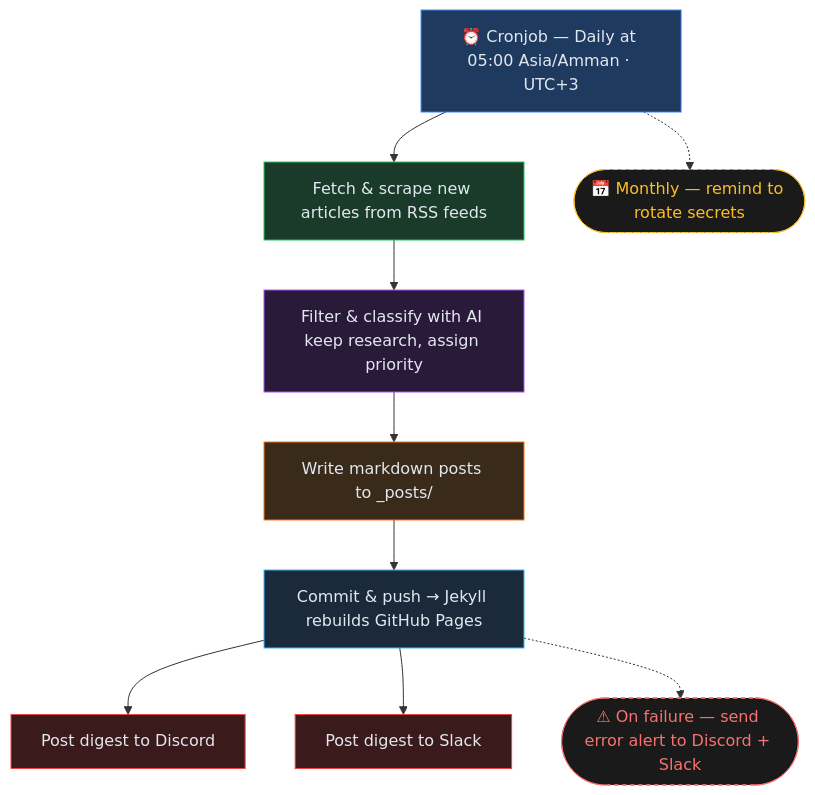
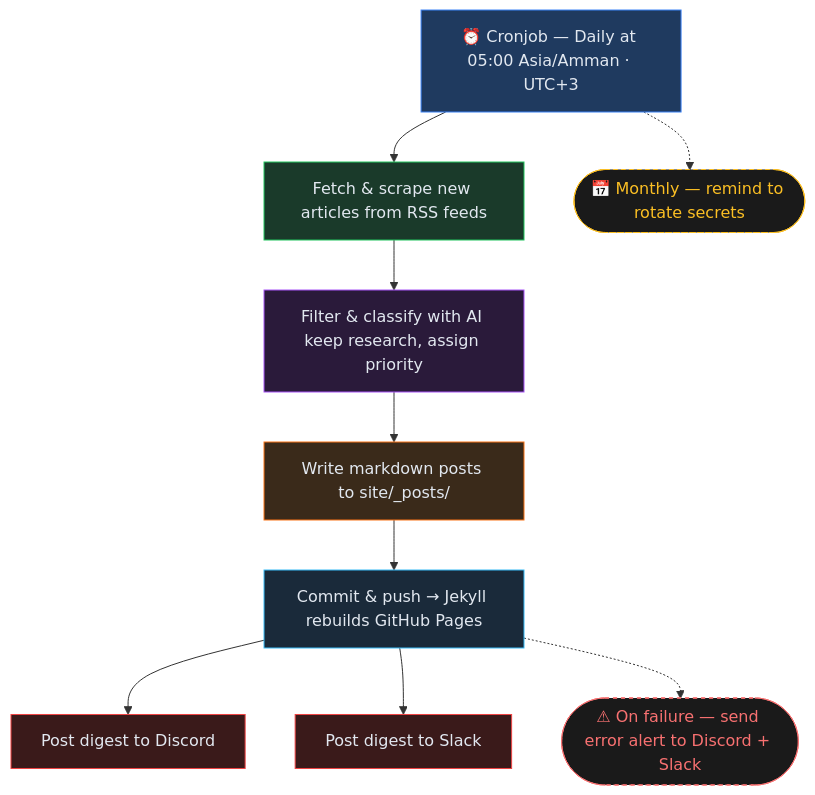
The diagram in README.md (zAbuQasem/daily-security-feed), drawn with Mermaid before and after one commit. The commit also changed other lines of this file and 18 other files, not shown here.

````diff
--- a/README.md
+++ b/README.md
@@ -19,26 +19,26 @@
 ```mermaid
 flowchart TD
     A["⏰ Cronjob — Daily at 05:00 Asia/Amman · UTC+3"]:::trigger
     B["Fetch & scrape new articles from RSS feeds"]:::fetch
     C["Filter & classify with AI keep research, assign priority"]:::classify
-    D["Write markdown posts to _posts/"]:::write
+    D["Write markdown posts to site/_posts/"]:::write
     E["Commit & push → Jekyll rebuilds GitHub Pages"]:::persist
     F["Post digest to Discord"]:::notify
     G["Post digest to Slack"]:::notify
     H(["⚠ On failure — send error alert to Discord + Slack"]):::failure
     I(["📅 Monthly — remind to rotate secrets"]):::monthly
 
     A --> B --> C --> D --> E
     E --> F & G
     E -.-> H
     A -.-> I
 
     classDef trigger  fill:#1f3a5f,stroke:#3b82f6,color:#e2e8f0
     classDef fetch    fill:#1a3a2a,stroke:#22c55e,color:#e2e8f0
     classDef classify fill:#2a1a3a,stroke:#a855f7,color:#e2e8f0
     classDef write    fill:#3a2a1a,stroke:#f97316,color:#e2e8f0
     classDef persist  fill:#1a2a3a,stroke:#38bdf8,color:#e2e8f0
     classDef notify   fill:#3a1a1a,stroke:#ef4444,color:#e2e8f0
     classDef failure  fill:#1a1a1a,stroke:#f87171,color:#f87171,stroke-dasharray:4 4
     classDef monthly  fill:#1a1a1a,stroke:#fbbf24,color:#fbbf24,stroke-dasharray:4 4
 ```
````
